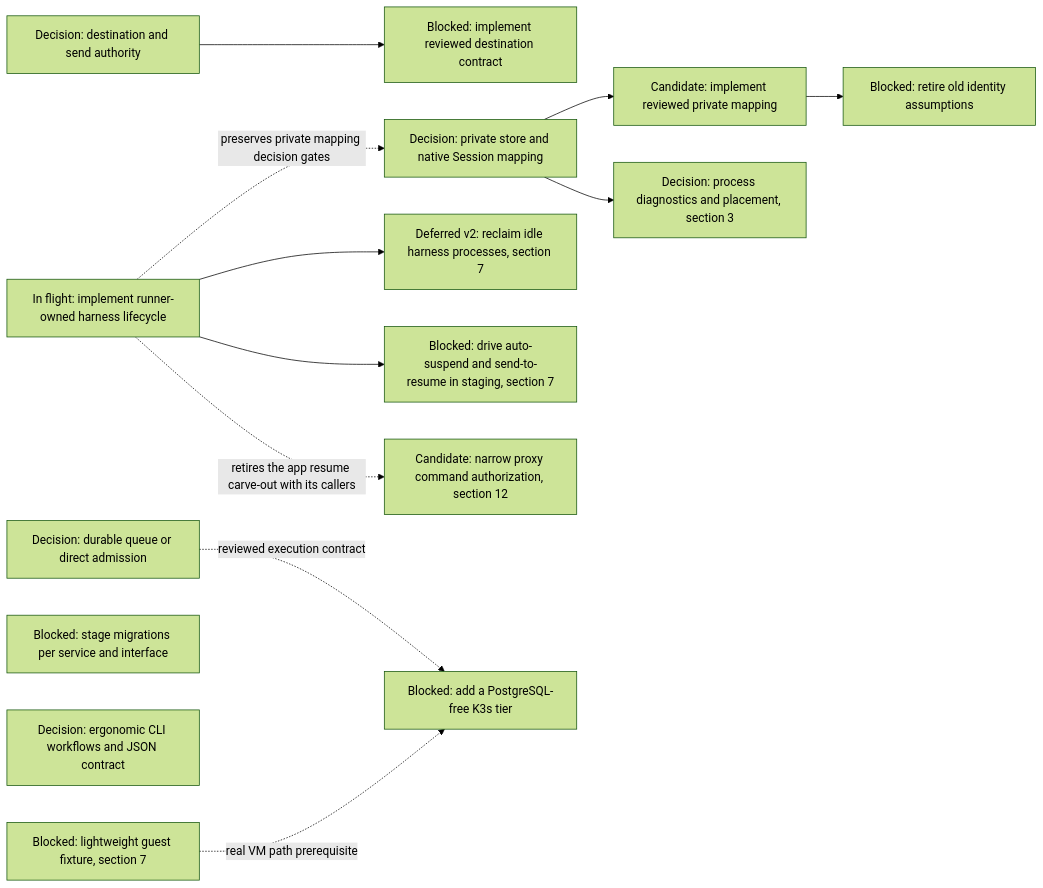
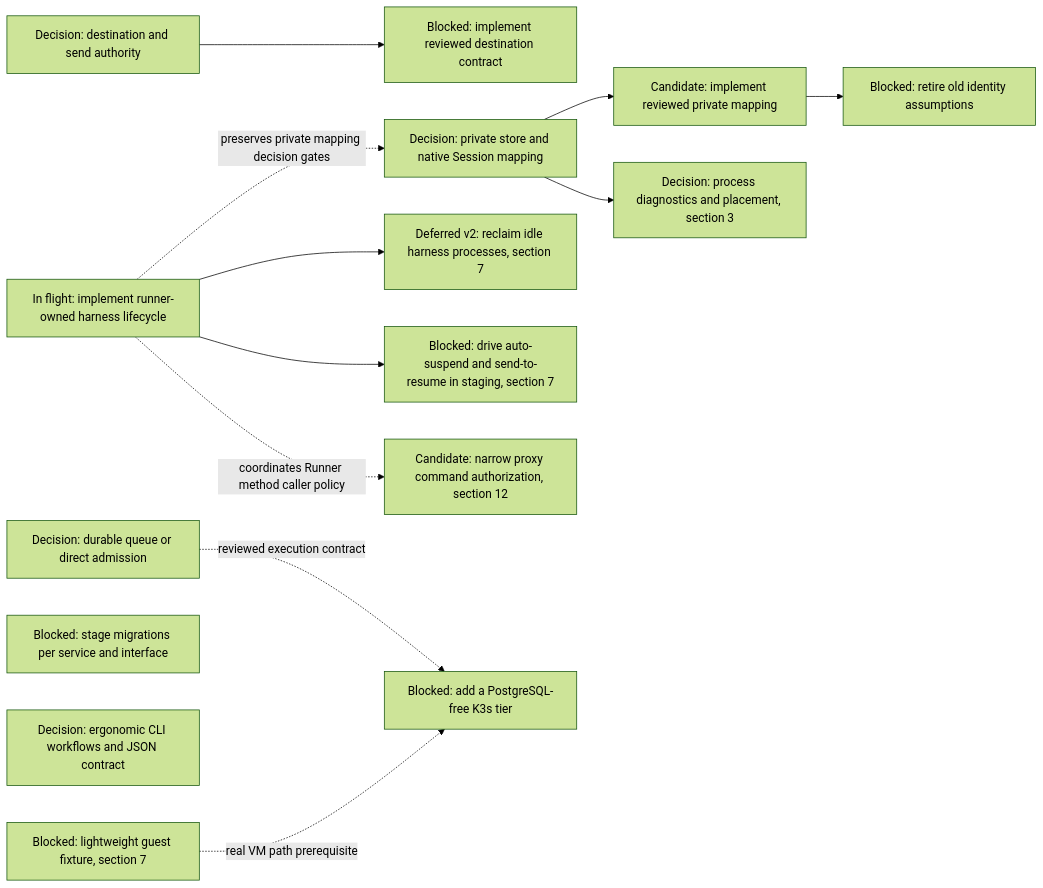
Diagram 16 of 16 in agentplane/plans/task_dag.md (agentydragon-agent/ducktape), drawn with Mermaid (forest theme) before and after one commit. The commit also changed other lines of this file and 8 other files, not shown here.

````diff
--- a/agentplane/plans/task_dag.md
+++ b/agentplane/plans/task_dag.md
@@ -1719,28 +1718,28 @@
 ```mermaid
 flowchart LR
     DISPATCHER_PERSISTENCE_MODEL_DESIGN[Decision: durable queue or direct admission]
     DELIVERY_DESTINATION_AUTHORITY_DESIGN[Decision: destination and send authority]
     DELIVERY_DESTINATION_CONTRACT[Blocked: implement reviewed destination contract]
     HARNESS_IDENTITY_DESIGN[Decision: private store and native Session mapping]
     RUNNER_STORE_SESSION_IDENTITY[Candidate: implement reviewed private mapping]
     RUNNER_IDENTITY_LEGACY_CLEANUP[Blocked: retire old identity assumptions]
     HARNESS_LIFECYCLE_OWNERSHIP[In flight: implement runner-owned harness lifecycle]
     RUNNER_IDLE_HARNESS_REAP[Deferred v2: reclaim idle harness processes, section 7]
     IDLE_SUSPEND_UI_DRIVE[Blocked: drive auto-suspend and send-to-resume in staging, section 7]
     PROXY_START_METHODS_DISPATCHER_ONLY[Candidate: narrow proxy command authorization, section 12]
     RUNNER_HARNESS_OBJECTS_DESIGN[Decision: process diagnostics and placement, section 3]
     SERVICE_API_TRANSPORT_MIGRATIONS[Blocked: stage migrations per service and interface]
     AGENT_API_TOOLING_DESIGN[Decision: ergonomic CLI workflows and JSON contract]
     CNPG_FREE_K3S_INTEGRATION_TIER[Blocked: add a PostgreSQL-free K3s tier]
     K3S_VM_IMAGE[Blocked: lightweight guest fixture, section 7]
     DELIVERY_DESTINATION_AUTHORITY_DESIGN --> DELIVERY_DESTINATION_CONTRACT
     RUNNER_STORE_SESSION_IDENTITY --> RUNNER_IDENTITY_LEGACY_CLEANUP
     HARNESS_IDENTITY_DESIGN --> RUNNER_STORE_SESSION_IDENTITY
     HARNESS_IDENTITY_DESIGN --> RUNNER_HARNESS_OBJECTS_DESIGN
     HARNESS_LIFECYCLE_OWNERSHIP --> IDLE_SUSPEND_UI_DRIVE
-    HARNESS_LIFECYCLE_OWNERSHIP -. retires the app resume carve-out with its callers .-> PROXY_START_METHODS_DISPATCHER_ONLY
+    HARNESS_LIFECYCLE_OWNERSHIP -. coordinates Runner method caller policy .-> PROXY_START_METHODS_DISPATCHER_ONLY
     HARNESS_LIFECYCLE_OWNERSHIP -. preserves private mapping decision gates .-> HARNESS_IDENTITY_DESIGN
     HARNESS_LIFECYCLE_OWNERSHIP --> RUNNER_IDLE_HARNESS_REAP
     DISPATCHER_PERSISTENCE_MODEL_DESIGN -. reviewed execution contract .-> CNPG_FREE_K3S_INTEGRATION_TIER
     K3S_VM_IMAGE -. real VM path prerequisite .-> CNPG_FREE_K3S_INTEGRATION_TIER
 ```
````
